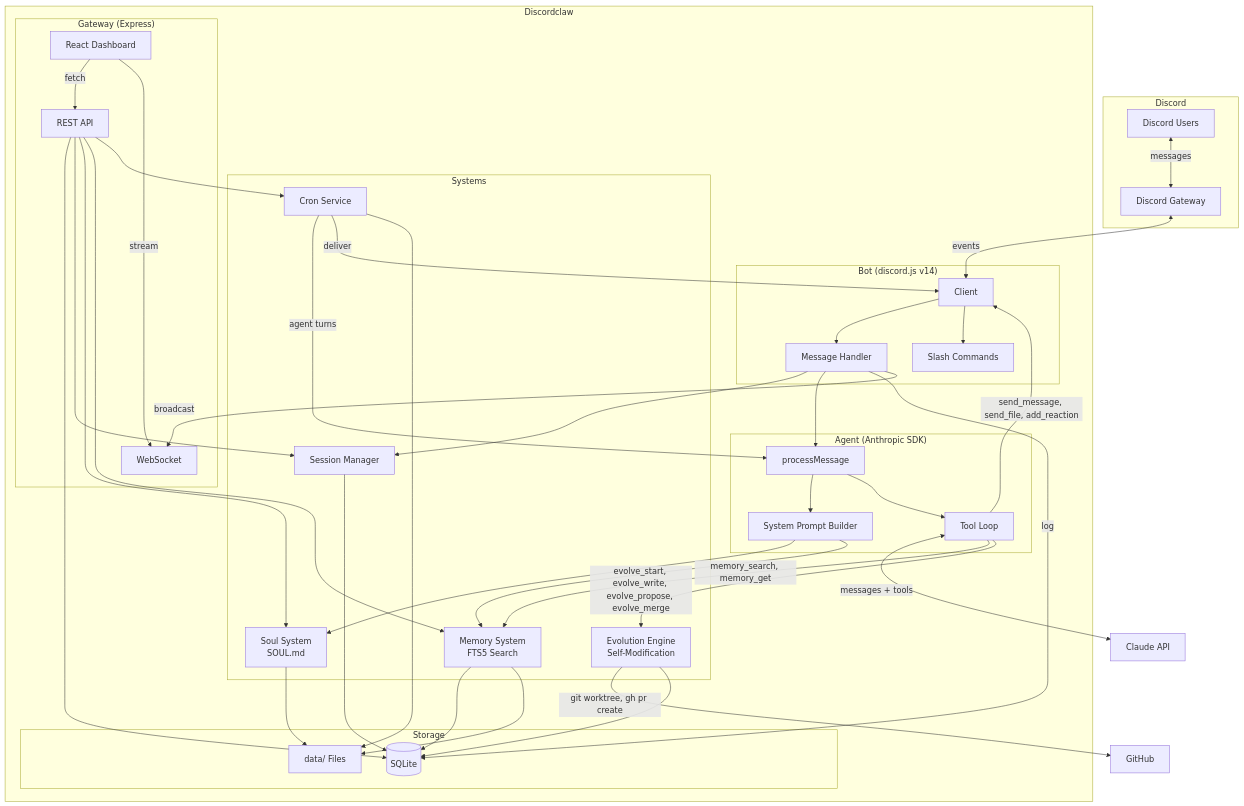
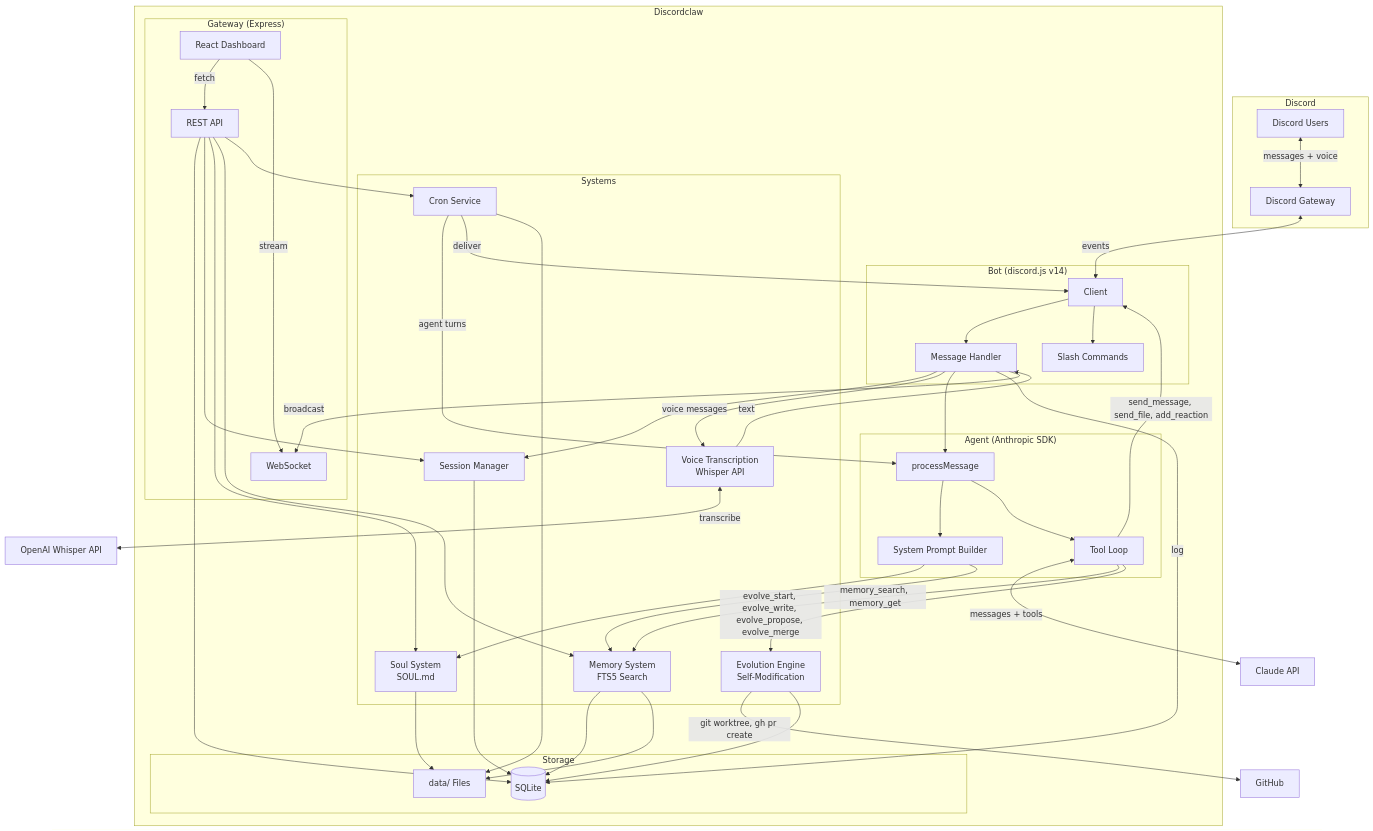
One commit to NaichuanZhang/discord-claw-auto-evolve changed the first of 5 diagrams in README.md. Above: the diagram before and after it, drawn with Mermaid. The commit also changed other lines of this file and 6 other files, not shown here.

Commit message:
feat(evolution): Add voice message transcription support via OpenAI Whisper

````diff
--- a/README.md
+++ b/README.md
@@ -120,75 +129,80 @@
 ```mermaid
 graph TB
     subgraph Discord
         DU[Discord Users]
         DG[Discord Gateway]
     end
 
     subgraph Discordclaw
         subgraph Bot["Bot (discord.js v14)"]
             CL[Client]
             MH[Message Handler]
             SC[Slash Commands]
         end
 
         subgraph Agent["Agent (Anthropic SDK)"]
             PM[processMessage]
             SP[System Prompt Builder]
             TL[Tool Loop]
         end
 
         subgraph Systems
             SOUL[Soul System<br/>SOUL.md]
             MEM[Memory System<br/>FTS5 Search]
             SESS[Session Manager]
             CRON[Cron Service]
             EVO[Evolution Engine<br/>Self-Modification]
+            VOICE[Voice Transcription<br/>Whisper API]
         end
 
         subgraph Storage
             DB[(SQLite)]
             FS[data/ Files]
         end
 
         subgraph Gateway["Gateway (Express)"]
             API[REST API]
             WS[WebSocket]
             UI[React Dashboard]
         end
     end
 
     CLAUDE[Claude API]
+    OPENAI[OpenAI Whisper API]
 
-    DU <-->|messages| DG
+    DU <-->|messages + voice| DG
     DG <-->|events| CL
     CL --> MH
     CL --> SC
     MH --> SESS
     SESS --> DB
+    MH -->|voice messages| VOICE
+    VOICE <-->|transcribe| OPENAI
+    VOICE -->|text| MH
     MH --> PM
     PM --> SP
     SP --> SOUL
     SP --> MEM
     PM --> TL
     TL <-->|messages + tools| CLAUDE
     TL -->|memory_search, memory_get| MEM
     TL -->|send_message, send_file, add_reaction| CL
     TL -->|evolve_start, evolve_write, evolve_propose, evolve_merge| EVO
     EVO -->|git worktree, gh pr create| GH[GitHub]
     EVO --> DB
     MH -->|log| DB
     MH -->|broadcast| WS
     MEM --> DB
     MEM --> FS
     SOUL --> FS
     CRON -->|agent turns| PM
     CRON -->|deliver| CL
     CRON --> FS
     API --> DB
     API --> SESS
     API --> SOUL
     API --> MEM
     API --> CRON
     UI -->|fetch| API
     UI -->|stream| WS
 ```
````
